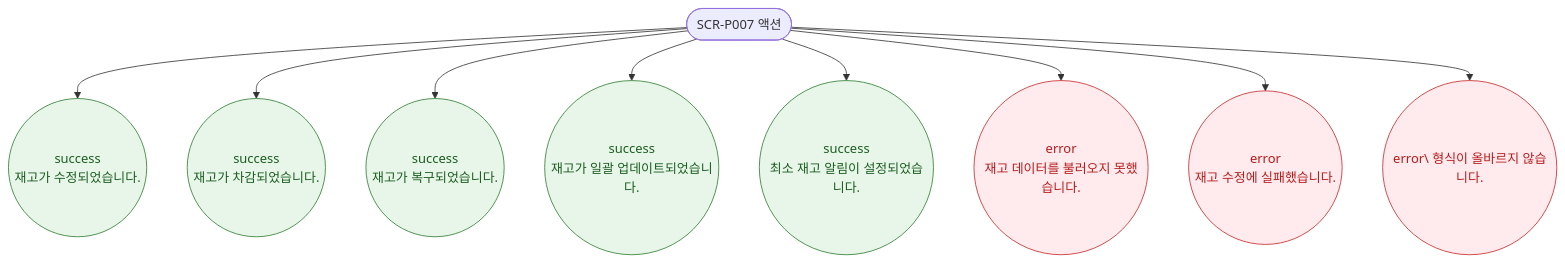
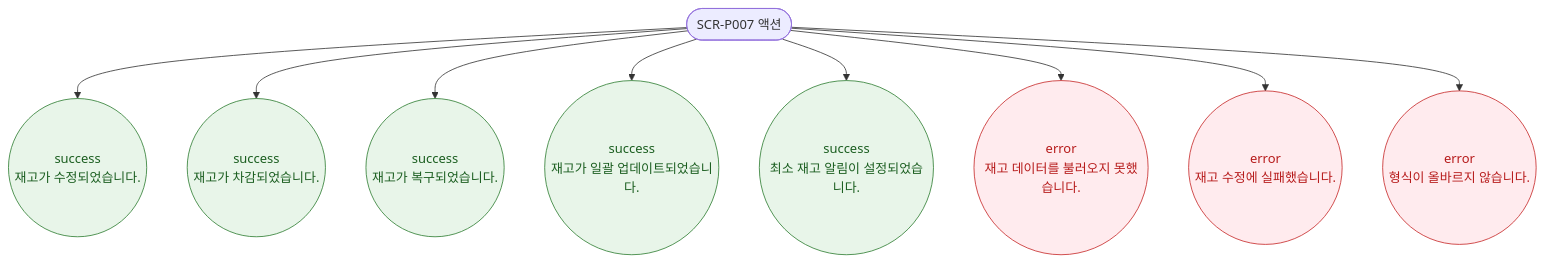
One commit to dev-spogym/admin-pando changed the diagram in docs/admin/다이어그램/D05_상품관리/SCR-P007_재고관리/F9_토스트피드백.md. Above: the diagram before and after it, drawn with Mermaid. The commit also changed 369 other files, not shown here.

````diff
--- a/docs/admin/다이어그램/D05_상품관리/SCR-P007_재고관리/F9_토스트피드백.md
+++ b/docs/admin/다이어그램/D05_상품관리/SCR-P007_재고관리/F9_토스트피드백.md
@@ -14,18 +14,18 @@
 ```mermaid
 flowchart TD
     TRIGGER([SCR-P007 액션])
 
     TRIGGER --> T_ADJUST((success\n재고가 수정되었습니다.))
     TRIGGER --> T_DEDUCT((success\n재고가 차감되었습니다.))
     TRIGGER --> T_RESTORE((success\n재고가 복구되었습니다.))
     TRIGGER --> T_UPLOAD((success\n재고가 일괄 업데이트되었습니다.))
     TRIGGER --> T_ALERT((success\n최소 재고 알림이 설정되었습니다.))
     TRIGGER --> T_LOAD_ERR((error\n재고 데이터를 불러오지 못했습니다.))
     TRIGGER --> T_ADJUST_ERR((error\n재고 수정에 실패했습니다.))
-    TRIGGER --> T_UPLOAD_ERR((error\ 형식이 올바르지 않습니다.))
+    TRIGGER --> T_UPLOAD_ERR((error<br/> 형식이 올바르지 않습니다.))
 
     classDef success fill:#E8F5E9,stroke:#2E7D32,color:#1B5E20
     classDef error fill:#FFEBEE,stroke:#C62828,color:#B71C1C
     class T_ADJUST,T_DEDUCT,T_RESTORE,T_UPLOAD,T_ALERT success
     class T_LOAD_ERR,T_ADJUST_ERR,T_UPLOAD_ERR error
 ```
````
